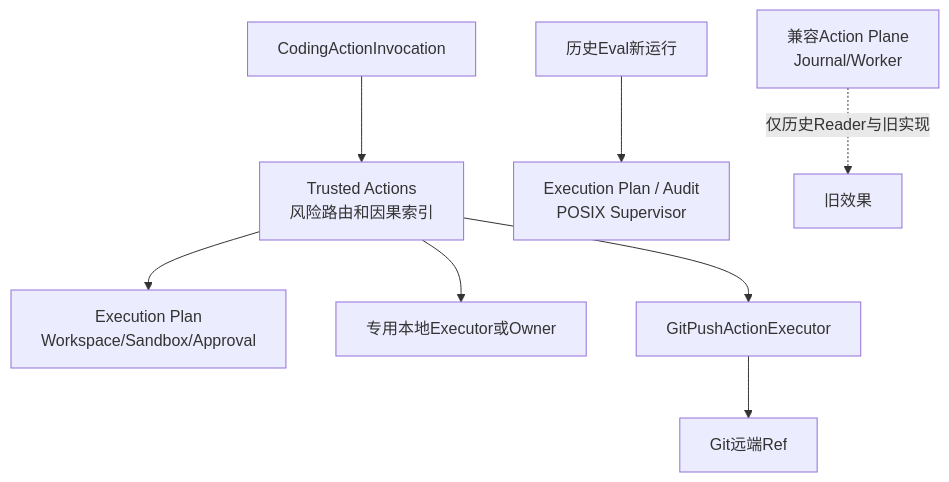
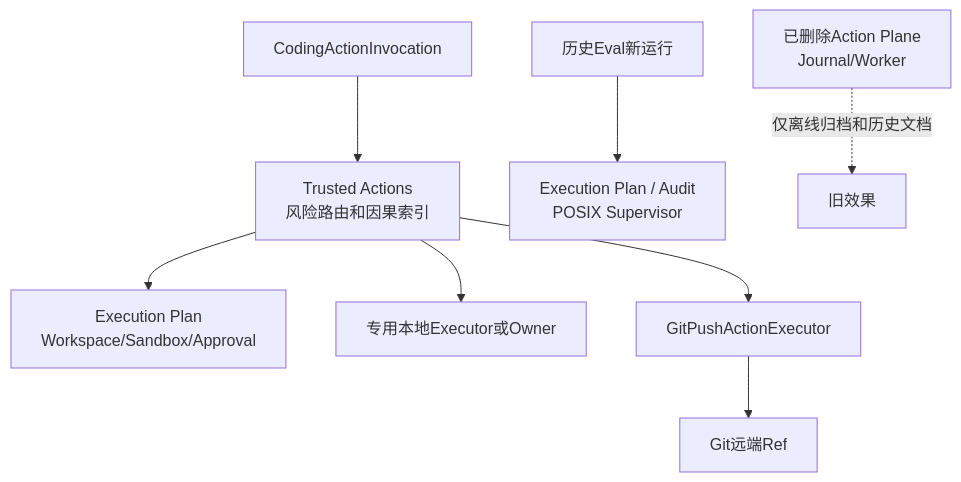
The second of 18 diagrams in docs/modules/trusted-actions.md (carrie1988/Harnessix), drawn with Mermaid before and after one commit. The commit also changed other lines of this file and 13 other files, not shown here.

````diff
--- a/docs/modules/trusted-actions.md
+++ b/docs/modules/trusted-actions.md
@@ -225,10 +227,10 @@
 ```mermaid
 flowchart TD
     Invoke[CodingActionInvocation] --> Trusted[Trusted Actions<br/>风险路由和因果索引]
     Trusted --> Exec[Execution Plan<br/>Workspace/Sandbox/Approval]
     Trusted --> Local[专用本地Executor或Owner]
     Trusted --> Git[GitPushActionExecutor]
     Git --> External[Git远端Ref]
     Eval[历史Eval新运行] --> EvalOwner[Execution Plan / Audit<br/>POSIX Supervisor]
-    Legacy[兼容Action Plane<br/>Journal/Worker] -.仅历史Reader与旧实现.-> LegacyEffect[旧效果]
+    Legacy[已删除Action Plane<br/>Journal/Worker] -.仅离线归档和历史文档.-> LegacyEffect[旧效果]
 ```
````
